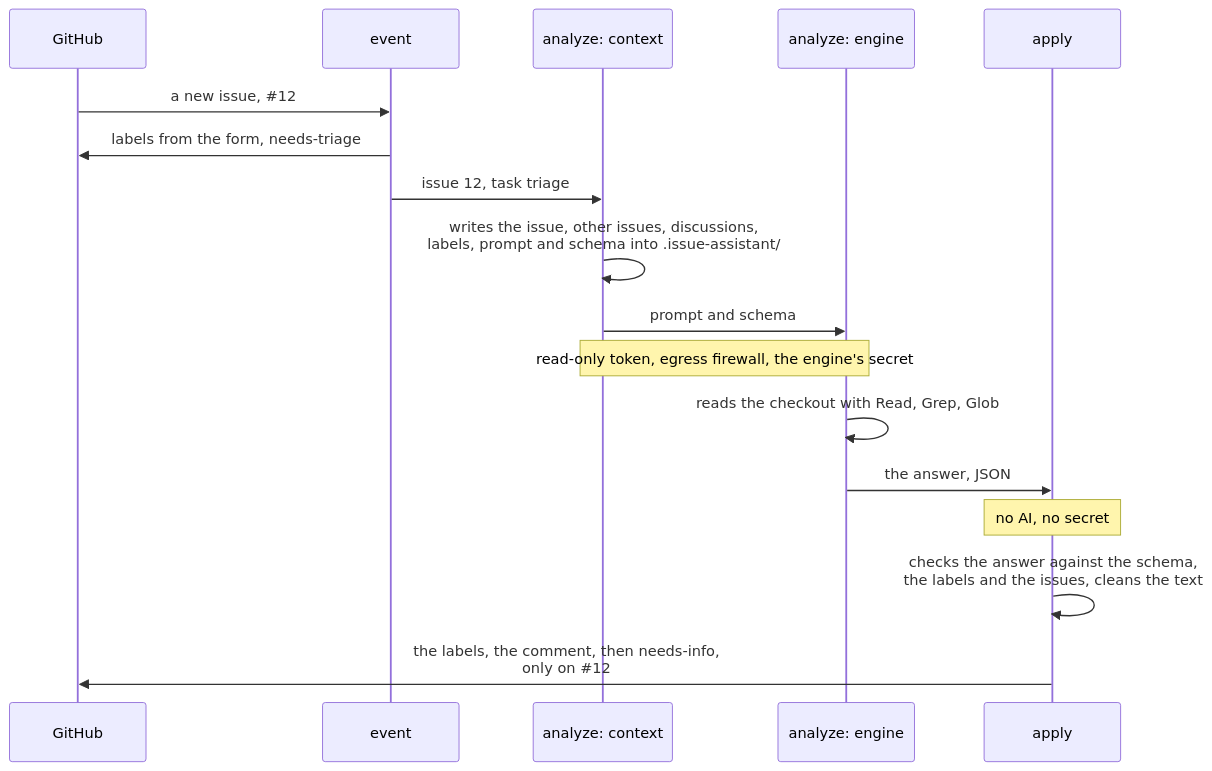
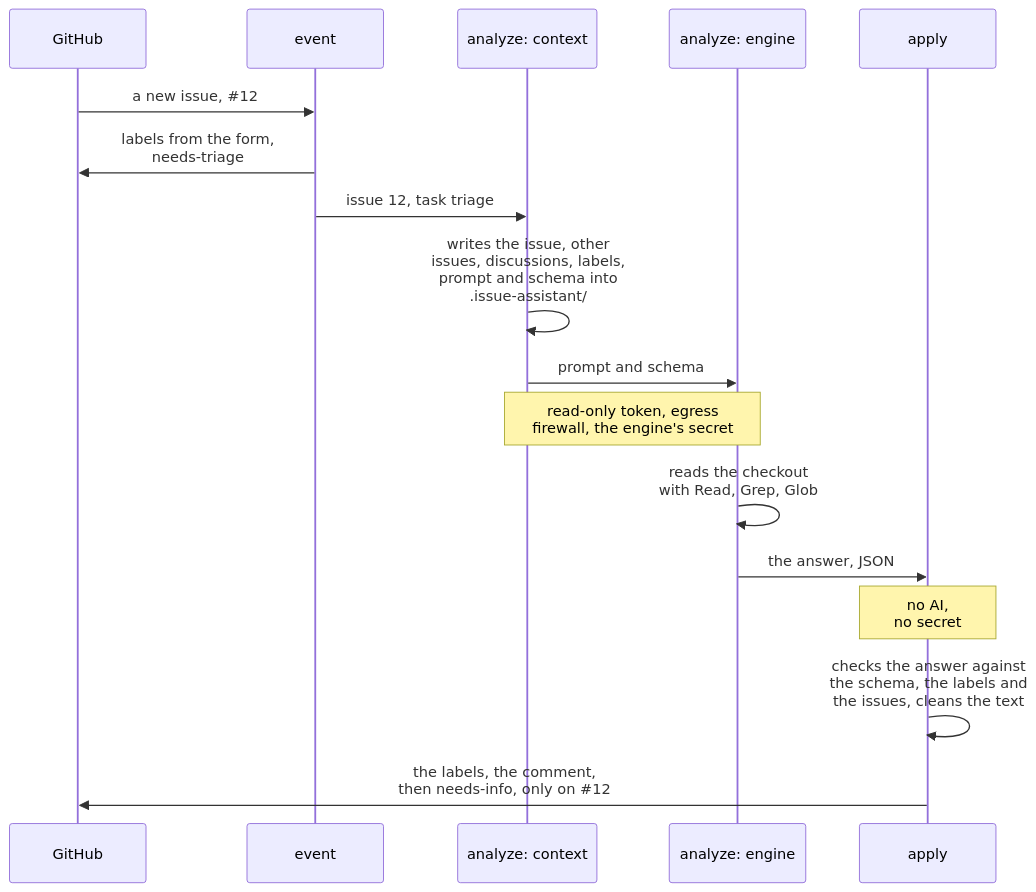
One commit to Dennis-Otto/issue-assistant changed the first of 7 diagrams in docs/architecture.md. Above: the diagram before and after it, drawn with Mermaid. The commit also changed other lines of this file and 4 other files, not shown here.

First line of the commit message:
docs: accessible top-to-bottom diagrams, and three new ones (#82)

````diff
--- a/docs/architecture.md
+++ b/docs/architecture.md
@@ -70,19 +40,21 @@
 ```mermaid
 sequenceDiagram
+  accTitle: One run of issue-assistant.yml for a new issue
+  accDescr: GitHub sends the event of the new issue 12 to the job event, which adds the labels of the form and needs-triage and hands the issue and the task triage to the job analyze. Its context step writes the issue, the other issues, the discussions, the labels, the prompt and the schema into .issue-assistant/ and hands the prompt and the schema to the engine, which runs with a read-only token, behind the egress firewall, with the engine's secret. The engine reads the checkout with Read, Grep and Glob and hands its answer in JSON to the job apply, which runs no AI and has no secret. apply checks the answer against the schema, the labels and the issues, cleans the text, and writes the labels, the comment and then needs-info, only on issue 12.
   participant G as GitHub
   participant E as event
   participant C as analyze: context
   participant AI as analyze: engine
   participant P as apply
   G->>E: a new issue, #35;12
-  E->>G: labels from the form, needs-triage
+  E->>G: labels from the form,<br/>needs-triage
   E->>C: issue 12, task triage
-  C->>C: writes the issue, other issues, discussions,<br/>labels, prompt and schema into .issue-assistant/
+  C->>C: writes the issue, other<br/>issues, discussions, labels,<br/>prompt and schema into<br/>.issue-assistant/
   C->>AI: prompt and schema
-  Note over C,AI: read-only token, egress firewall, the engine's secret
-  AI->>AI: reads the checkout with Read, Grep, Glob
+  Note over C,AI: read-only token, egress<br/>firewall, the engine's secret
+  AI->>AI: reads the checkout<br/>with Read, Grep, Glob
   AI->>P: the answer, JSON
-  Note over P: no AI, no secret
-  P->>P: checks the answer against the schema,<br/>the labels and the issues, cleans the text
-  P->>G: the labels, the comment, then needs-info,<br/>only on #35;12
+  Note over P: no AI,<br/>no secret
+  P->>P: checks the answer against<br/>the schema, the labels and<br/>the issues, cleans the text
+  P->>G: the labels, the comment,<br/>then needs-info, only on #35;12
 ```
````
